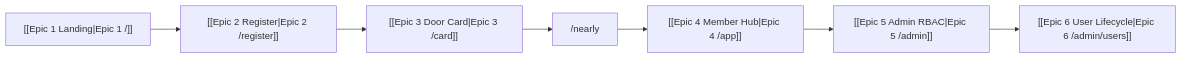
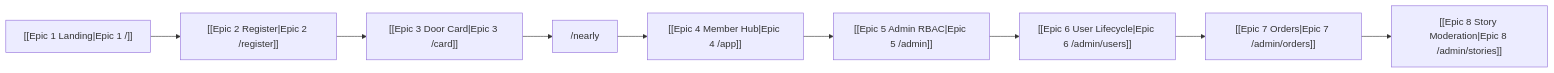
Before and after one commit to atc1989/GutGuard-Life-Style: the diagram in docs/obsidian/Bien To Do/Bien To Do.md, drawn with Mermaid. The commit also changed other lines of this file and 42 other files, not shown here.

First line of the commit message:
Ship Epic 7 order webhooks and Epic 8 story moderation.

````diff
--- a/docs/obsidian/Bien To Do/Bien To Do.md
+++ b/docs/obsidian/Bien To Do/Bien To Do.md
@@ -22,9 +22,11 @@
 ```mermaid
 flowchart LR
   L["[[Epic 1 Landing|Epic 1 /]]"] --> R["[[Epic 2 Register|Epic 2 /register]]"]
   R --> C["[[Epic 3 Door Card|Epic 3 /card]]"]
   C --> N["/nearly"]
   N --> H["[[Epic 4 Member Hub|Epic 4 /app]]"]
   H --> A["[[Epic 5 Admin RBAC|Epic 5 /admin]]"]
   A --> U["[[Epic 6 User Lifecycle|Epic 6 /admin/users]]"]
+  U --> O["[[Epic 7 Orders|Epic 7 /admin/orders]]"]
+  O --> S["[[Epic 8 Story Moderation|Epic 8 /admin/stories]]"]
 ```
````
